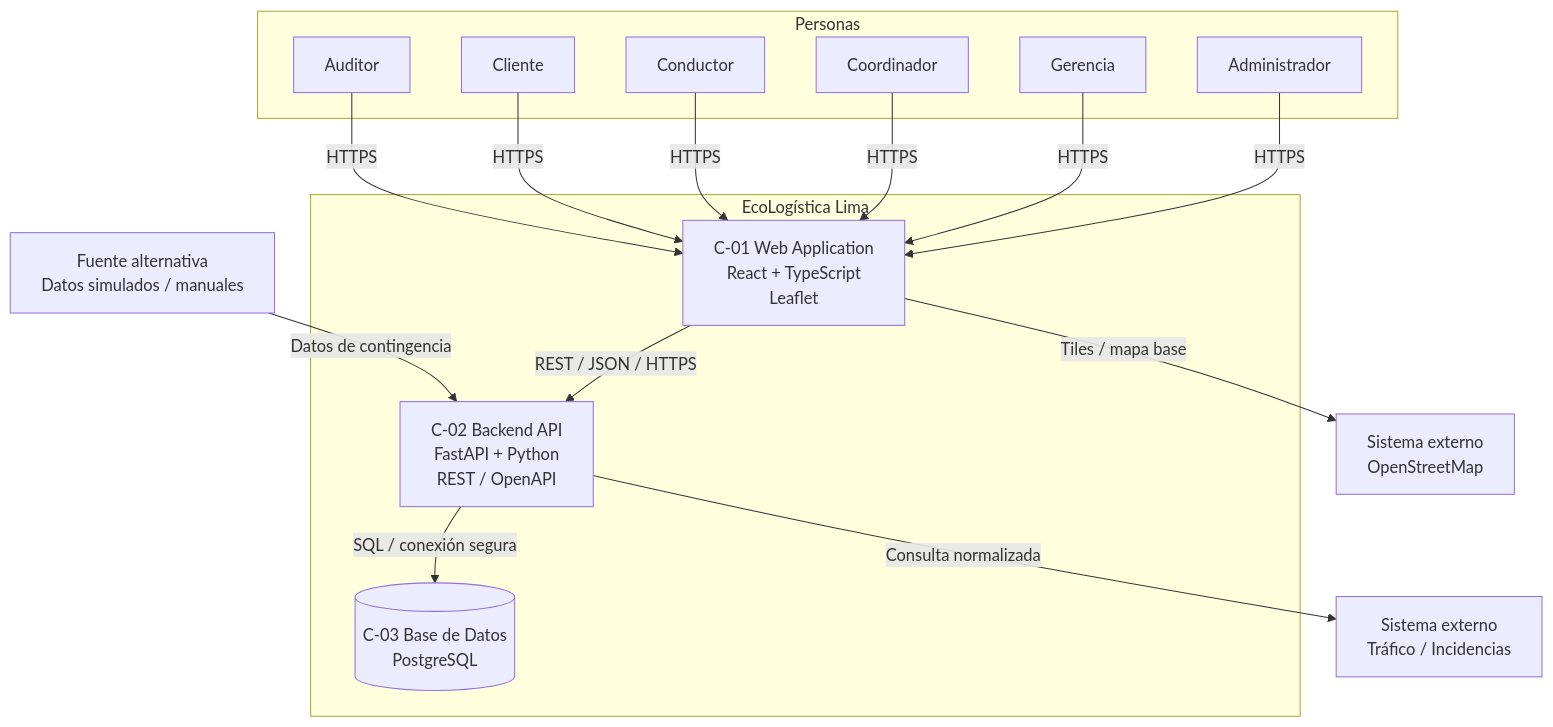
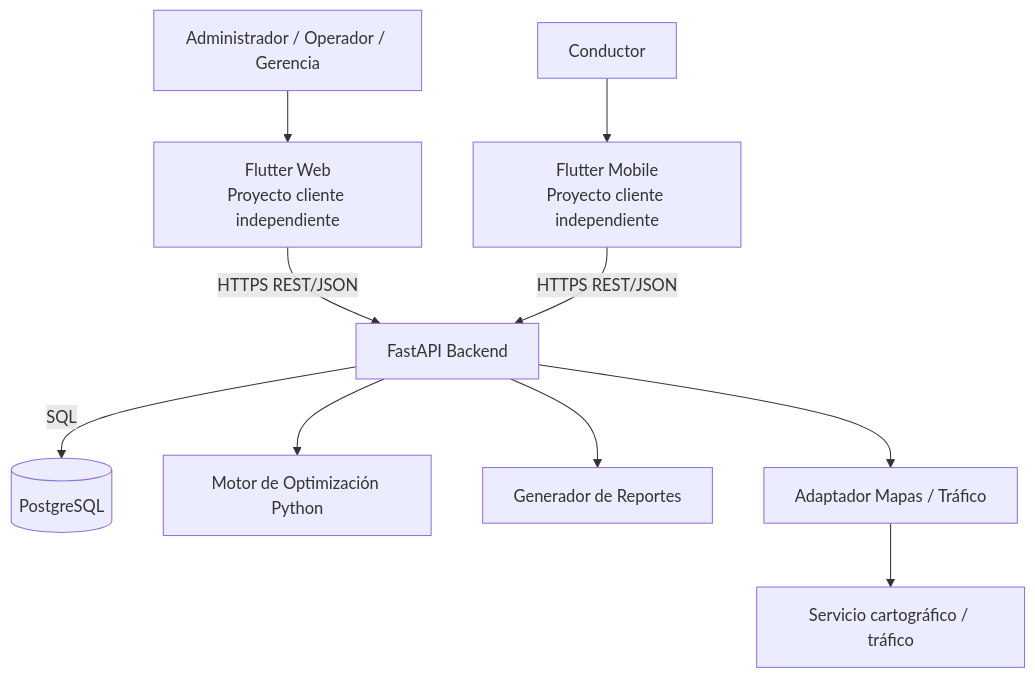
One commit to DartBlackLink/PFA changed the second of 5 diagrams in docs/01 Inicio/12. Modelo C4 V_1_0_0.md. Above: the diagram before and after it, drawn with Mermaid. The commit also changed other lines of this file and 17 other files, not shown here.

````diff
--- a/docs/01 Inicio/12. Modelo C4 V_1_0_0.md
+++ b/docs/01 Inicio/12. Modelo C4 V_1_0_0.md
@@ -201,35 +44,14 @@
 ```mermaid
-flowchart TB
-    subgraph USERS["Personas"]
-        A["Administrador"]
-        G["Gerencia"]
-        C["Coordinador"]
-        D["Conductor"]
-        CL["Cliente"]
-        AU["Auditor"]
-    end
+flowchart TD
+    ADMIN[Administrador / Operador / Gerencia] --> WEB[Flutter Web<br/>Proyecto cliente independiente]
+    DRIVER[Conductor] --> MOB[Flutter Mobile<br/>Proyecto cliente independiente]
 
-    subgraph SYSTEM["EcoLogística Lima"]
-        WEB["C-01 Web Application<br/>React + TypeScript<br/>Leaflet"]
-        API["C-02 Backend API<br/>FastAPI + Python<br/>REST / OpenAPI"]
-        DB[("C-03 Base de Datos<br/>PostgreSQL")]
-    end
+    WEB -->|HTTPS REST/JSON| API[FastAPI Backend]
+    MOB -->|HTTPS REST/JSON| API
 
-    OSM["Sistema externo<br/>OpenStreetMap"]
-    TRAF["Sistema externo<br/>Tráfico / Incidencias"]
-    SIM["Fuente alternativa<br/>Datos simulados / manuales"]
-
-    A -->|HTTPS| WEB
-    G -->|HTTPS| WEB
-    C -->|HTTPS| WEB
-    D -->|HTTPS| WEB
-    CL -->|HTTPS| WEB
-    AU -->|HTTPS| WEB
-
-    WEB -->|REST / JSON / HTTPS| API
-    API -->|SQL / conexión segura| DB
-
-    WEB -->|Tiles / mapa base| OSM
-    API -->|Consulta normalizada| TRAF
-    SIM -->|Datos de contingencia| API
+    API -->|SQL| DB[(PostgreSQL)]
+    API --> OPT[Motor de Optimización Python]
+    API --> REP[Generador de Reportes]
+    API --> MAP[Adaptador Mapas / Tráfico]
+    MAP --> EXT[Servicio cartográfico / tráfico]
 ```
````
